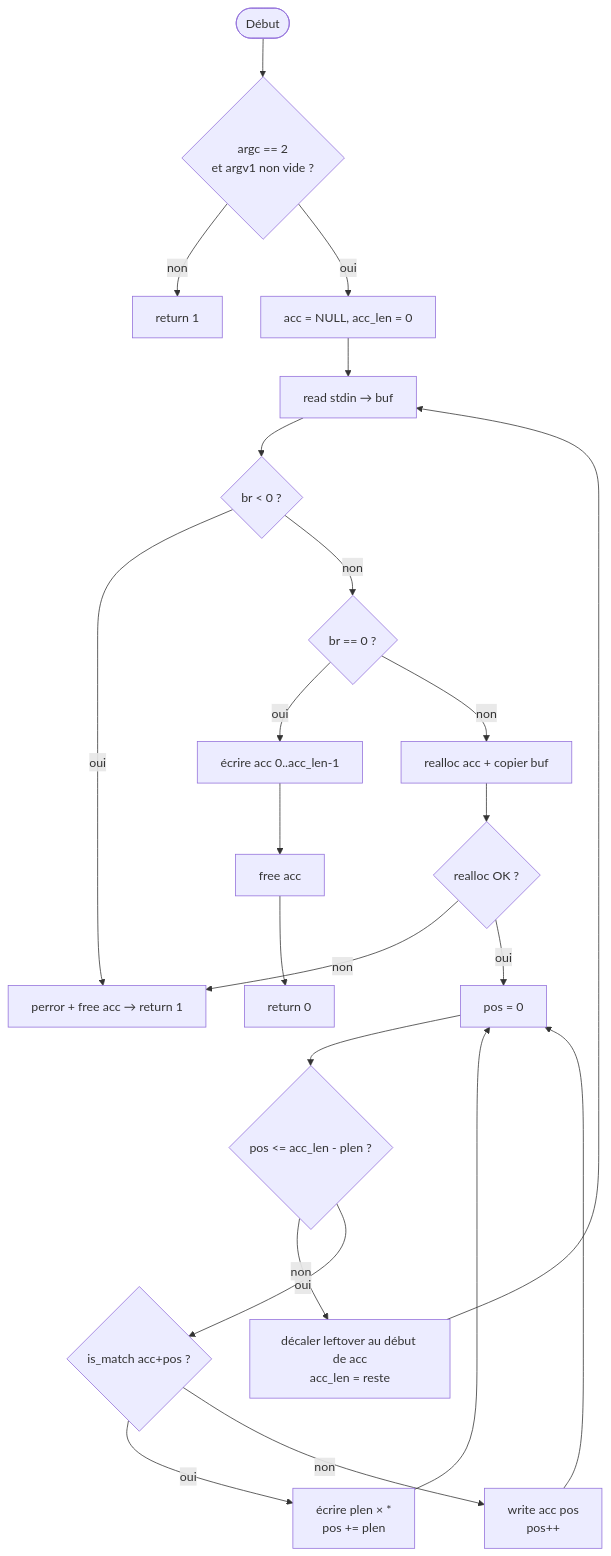
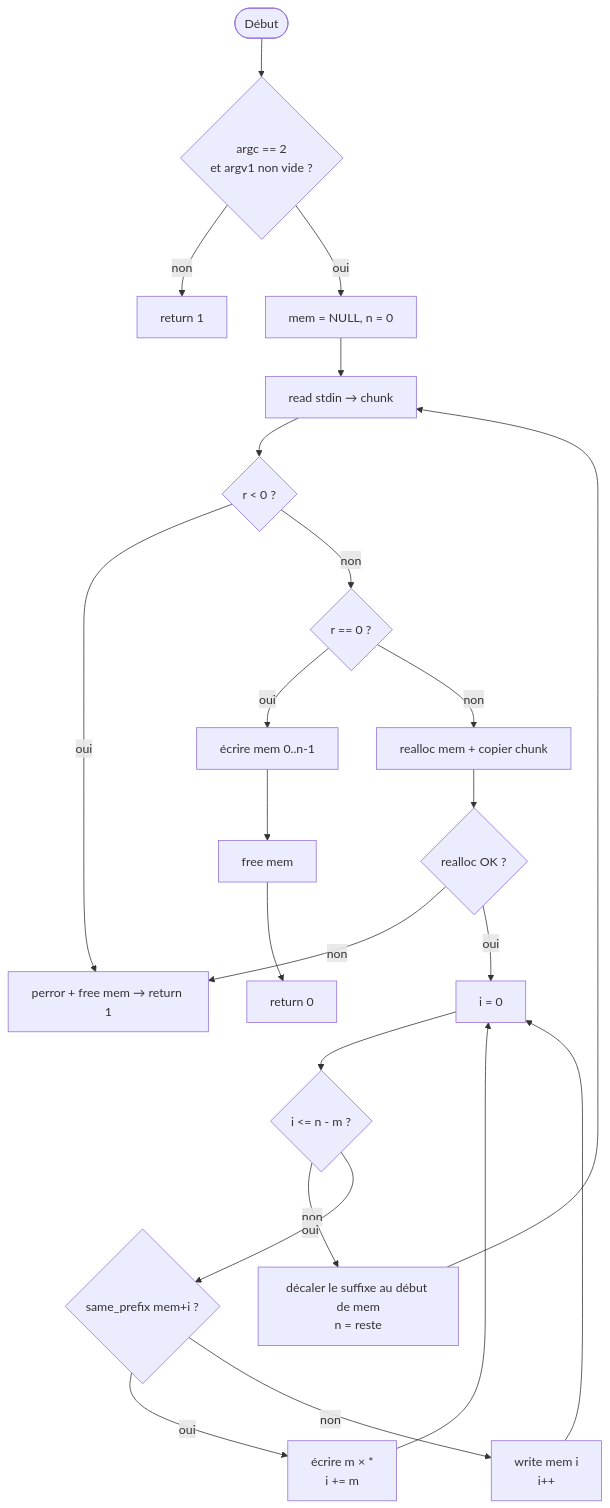
Before and after one commit to ChapouX/42_examshell: the diagram in .resources/rank03/answer.md, drawn with Mermaid. The commit also changed other lines of this file, not shown here.

````diff
--- a/.resources/rank03/answer.md
+++ b/.resources/rank03/answer.md
@@ -241,29 +220,29 @@
 ```mermaid
 flowchart TD
     Start([Début]) --> V{argc == 2<br/>et argv1 non vide ?}
     V -->|non| R1[return 1]
-    V -->|oui| Init[acc = NULL, acc_len = 0]
+    V -->|oui| Init[mem = NULL, n = 0]
 
-    Init --> Read[read stdin → buf]
-    Read --> E{br < 0 ?}
-    E -->|oui| Err[perror + free acc → return 1]
-    E -->|non| Z{br == 0 ?}
-    Z -->|oui| Flush[écrire acc 0..acc_len-1]
-    Z -->|non| Realloc[realloc acc + copier buf]
+    Init --> Read[read stdin → chunk]
+    Read --> E{r < 0 ?}
+    E -->|oui| Err[perror + free mem → return 1]
+    E -->|non| Z{r == 0 ?}
+    Z -->|oui| Flush[écrire mem 0..n-1]
+    Z -->|non| Realloc[realloc mem + copier chunk]
 
     Realloc --> M{realloc OK ?}
     M -->|non| Err
-    M -->|oui| Scan[pos = 0]
+    M -->|oui| Scan[i = 0]
 
-    Scan --> S{pos <= acc_len - plen ?}
-    S -->|non| Shift[décaler leftover au début de acc<br/>acc_len = reste]
-    S -->|oui| Match{is_match acc+pos ?}
-    Match -->|oui| Stars[écrire plen × *<br/>pos += plen]
-    Match -->|non| Char[write acc pos<br/>pos++]
+    Scan --> S{i <= n - m ?}
+    S -->|non| Shift[décaler le suffixe au début de mem<br/>n = reste]
+    S -->|oui| Match{same_prefix mem+i ?}
+    Match -->|oui| Stars[écrire m × *<br/>i += m]
+    Match -->|non| Char[write mem i<br/>i++]
     Stars --> Scan
     Char --> Scan
 
     Shift --> Read
-    Flush --> Free[free acc]
+    Flush --> Free[free mem]
     Free --> R0[return 0]
 ```
````
